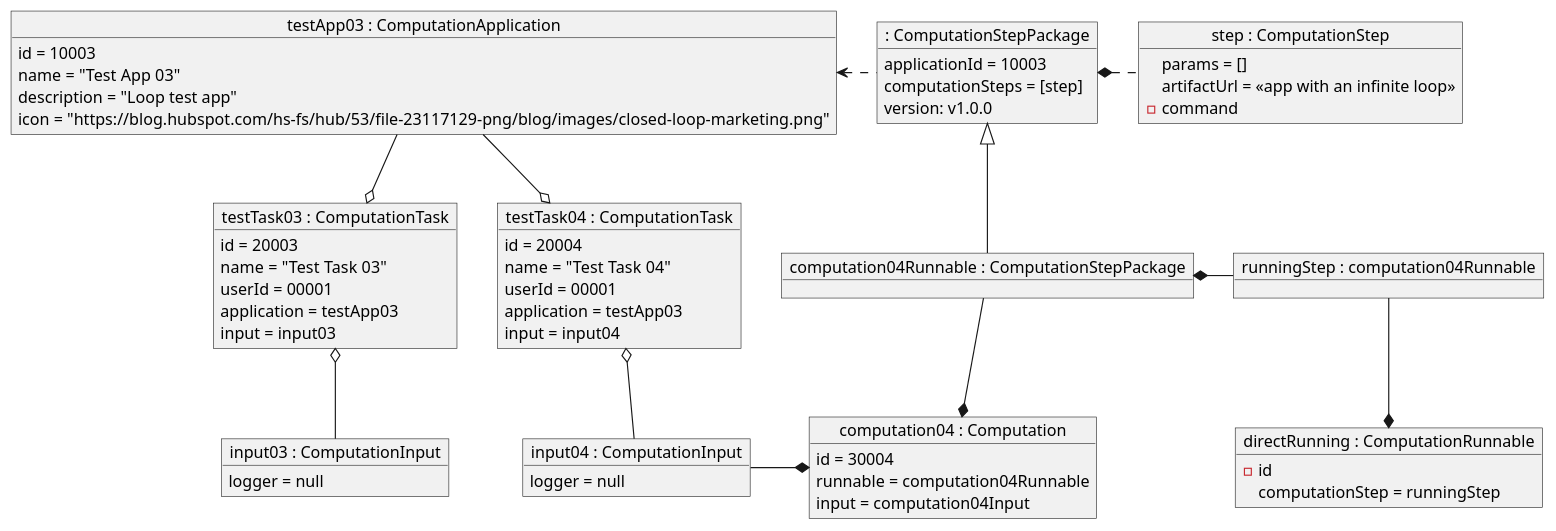
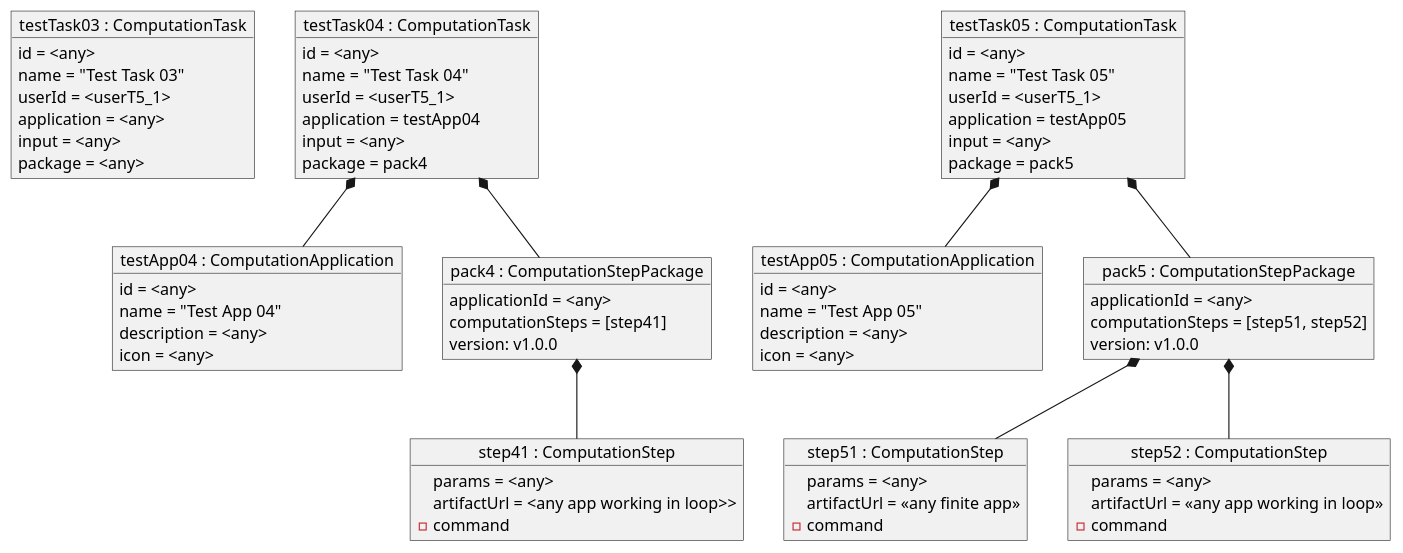
The diagram in test_scenarios/data/T5_in.puml (Plan-B-PO/docs), drawn with PlantUML before and after one commit. The commit also changed 2 other files, not shown here.

```diff
--- a/test_scenarios/data/T5_in.puml
+++ b/test_scenarios/data/T5_in.puml
@@ -1,80 +1,84 @@
 @startuml
 
-object "testApp03 : ComputationApplication" as testApp03 {
-    id = 10003
-    name = "Test App 03"
-    description = "Loop test app"
-    icon = "https://blog.hubspot.com/hs-fs/hub/53/file-23117129-png/blog/images/closed-loop-marketing.png"
+object "testTask03 : ComputationTask" as testTask03 {
+    id = <any>
+    name = "Test Task 03"
+    userId = <userT5_1>
+    application = <any>
+    input = <any>
+    package = <any>
 }
 
-object ": ComputationStepPackage" as pack {
-    applicationId = 10003
-    computationSteps = [step]
+object "testTask04 : ComputationTask" as testTask04 {
+    id = <any>
+    name = "Test Task 04"
+    userId = <userT5_1>
+    application = testApp04
+    input = <any>
+    package = pack4
+}
+
+object "testTask05 : ComputationTask" as testTask05 {
+    id = <any>
+    name = "Test Task 05"
+    userId = <userT5_1>
+    application = testApp05
+    input = <any>
+    package = pack5
+}
+
+object "testApp04 : ComputationApplication" as testApp04 {
+    id = <any>
+    name = "Test App 04"
+    description = <any>
+    icon = <any>
+}
+
+object "pack4 : ComputationStepPackage" as pack4 {
+    applicationId = <any>
+    computationSteps = [step41]
     version: v1.0.0
 }
 
-testApp03 <. pack
+testTask04 *-- pack4
+testTask04 *-- testApp04
 
-object "step : ComputationStep" as step {
-    params = []
-    artifactUrl = <<app with an infinite loop>>
+object "step41 : ComputationStep" as step41 {
+    params = <any>
+    artifactUrl = <any app working in loop>>
     - command
 }
 
-pack *. step
-
-object "testTask03 : ComputationTask" as testTask03 {
-    id = 20003
-    name = "Test Task 03"
-    userId = 00001
-    application = testApp03
-    input = input03
+object "testApp05 : ComputationApplication" as testApp05 {
+    id = <any>
+    name = "Test App 05"
+    description = <any>
+    icon = <any>
 }
 
-object "input03 : ComputationInput" as input03 {
-    logger = null
+object "pack5 : ComputationStepPackage" as pack5 {
+    applicationId = <any>
+    computationSteps = [step51, step52]
+    version: v1.0.0
 }
 
-testApp03 --o testTask03
-testTask03 o-- input03
-
-object "testTask04 : ComputationTask" as testTask04 {
-    id = 20004
-    name = "Test Task 04"
-    userId = 00001
-    application = testApp03
-    input = input04
+object "step51 : ComputationStep" as step51 {
+    params = <any>
+    artifactUrl = <<any finite app>>
+    - command
 }
 
-object "input04 : ComputationInput" as input04 {
-    logger = null
+object "step52 : ComputationStep" as step52 {
+    params = <any>
+    artifactUrl = <<any app working in loop>>
+    - command
 }
 
-testApp03 --o testTask04
-testTask04 o-- input04
+pack4 *-- step41
+testTask05 *-- pack5
+testTask05 *-- testApp05
 
-object "computation04 : Computation" as computation04 {
-    id = 30004
-    runnable = computation04Runnable
-    input = computation04Input
-}
-
-object "computation04Runnable : ComputationStepPackage" as computation04Runnable
-
-pack <|-- computation04Runnable
-computation04Runnable --* computation04
-
-input04 -* computation04
-
-object "runningStep : computation04Runnable" as runningStep
-
-computation04Runnable *- runningStep
-
-object "directRunning : ComputationRunnable" as directRunning {
-    - id
-    computationStep = runningStep
-}
-
-runningStep --* directRunning
+pack5 *-- step51
+pack5 *-- step52
 
 @enduml
```
